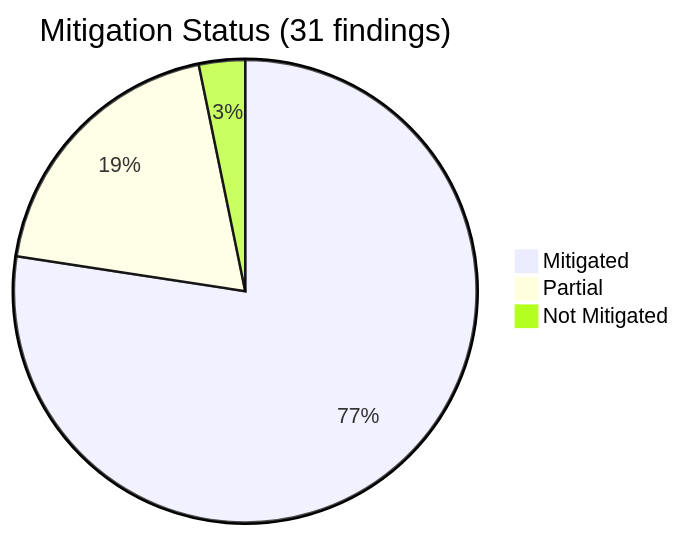
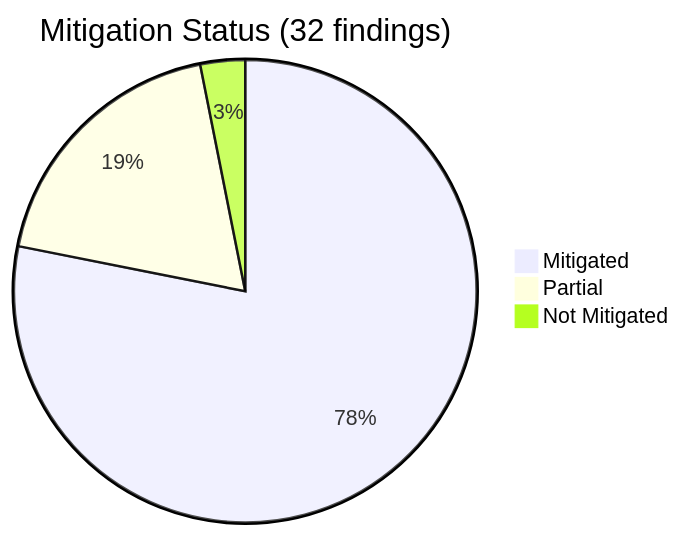
One commit to extensionchecker/extensionchecker-app changed the third of 4 diagrams in docs/threatmodel/THREAT_MODEL.md. Above: the diagram before and after it, drawn with Mermaid. The commit also changed other lines of this file and 53 other files, not shown here.

````diff
--- a/docs/threatmodel/THREAT_MODEL.md
+++ b/docs/threatmodel/THREAT_MODEL.md
@@ -201,6 +203,6 @@
 ```mermaid
-pie title Mitigation Status (31 findings)
-    "Mitigated" : 24
+pie title Mitigation Status (32 findings)
+    "Mitigated" : 25
     "Partial" : 6
     "Not Mitigated" : 1
 ```
````
